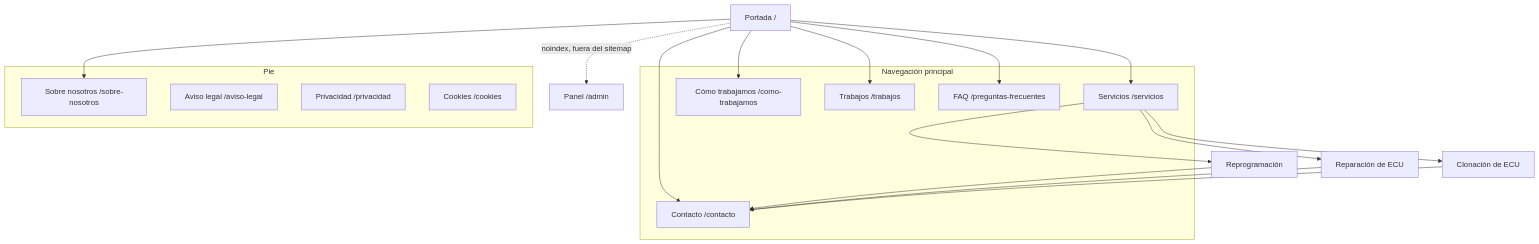
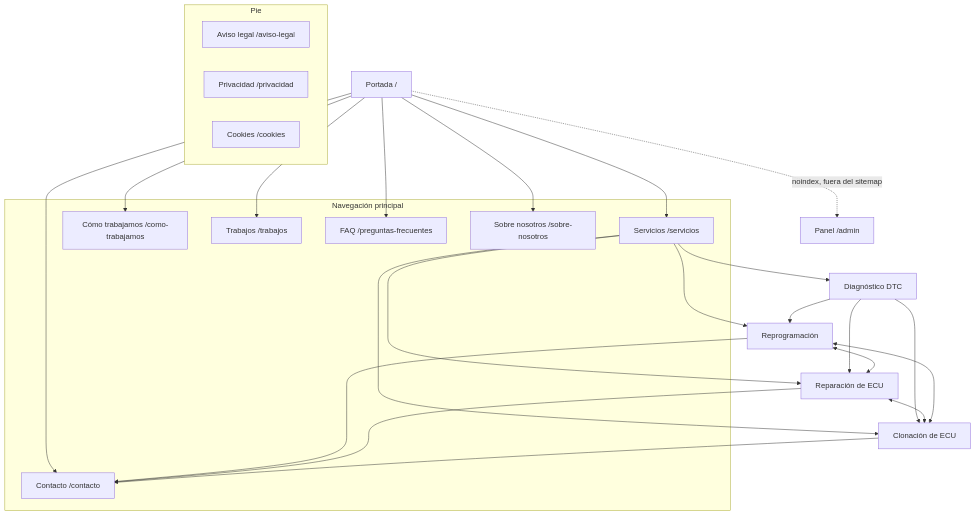
Before and after one commit to DavidEstevezzz/taller-ecu: the diagram in docs/site-architecture.md, drawn with Mermaid. The commit also changed other lines of this file and 53 other files, not shown here.

````diff
--- a/docs/site-architecture.md
+++ b/docs/site-architecture.md
@@ -78,36 +79,43 @@
 ```mermaid
 graph TD
     HOME["Portada /"]
 
     subgraph Navegación principal
         SERV["Servicios /servicios"]
         COMO["Cómo trabajamos /como-trabajamos"]
         TRAB["Trabajos /trabajos"]
         FAQ["FAQ /preguntas-frecuentes"]
+        SOBRE["Sobre nosotros /sobre-nosotros"]
         CONT["Contacto /contacto"]
     end
 
     subgraph Pie
-        SOBRE["Sobre nosotros /sobre-nosotros"]
         LEGAL["Aviso legal /aviso-legal"]
         PRIV["Privacidad /privacidad"]
         COOK["Cookies /cookies"]
     end
 
     HOME --> SERV
     HOME --> COMO
     HOME --> TRAB
     HOME --> FAQ
     HOME --> CONT
     HOME --> SOBRE
 
+    SERV --> S0["Diagnóstico DTC"]
     SERV --> S1["Reprogramación"]
     SERV --> S2["Reparación de ECU"]
     SERV --> S3["Clonación de ECU"]
 
     S1 --> CONT
     S2 --> CONT
     S3 --> CONT
+    S0 --> S1
+    S0 --> S2
+    S0 --> S3
+    S1 <--> S2
+    S2 <--> S3
+    S1 <--> S3
 
     HOME -.noindex, fuera del sitemap.-> ADMIN["Panel /admin"]
 ```
````
